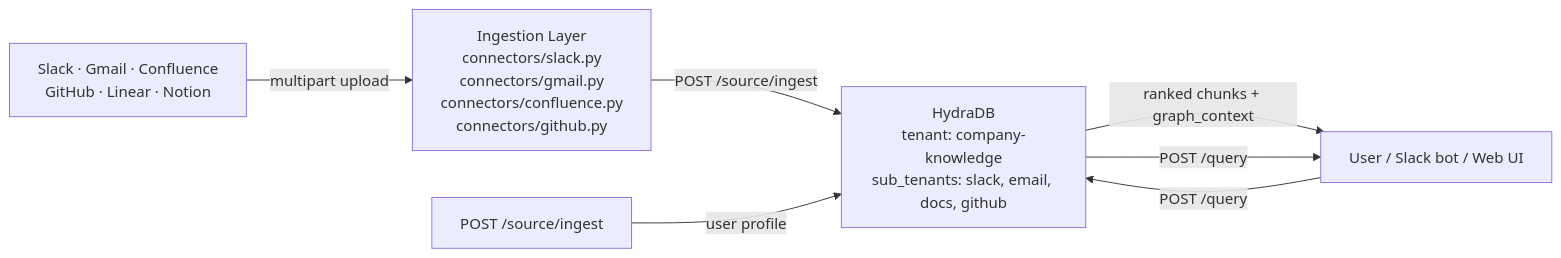
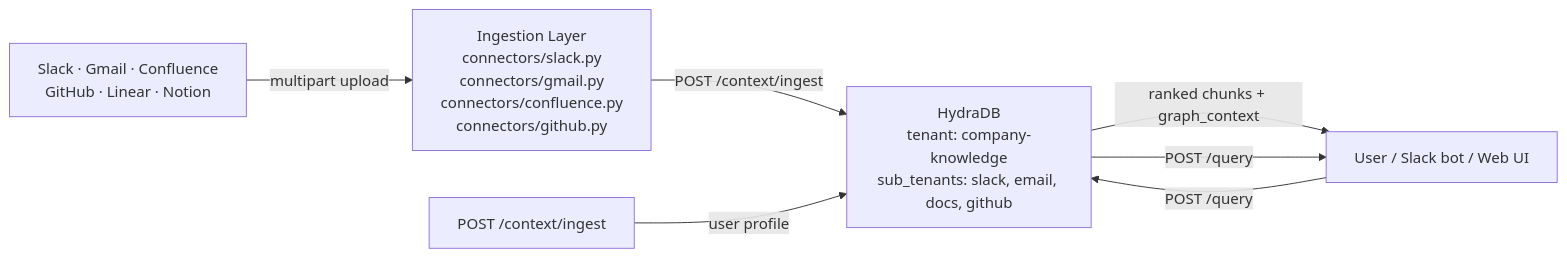
One commit to rupamghosh2006/mintlify-docs changed the diagram in cookbooks/v2/internal-search-perplexity.mdx. Above: the diagram before and after it, drawn with Mermaid. The commit also changed other lines of this file and 11 other files, not shown here.

Commit message:
Rename metadata fields in cookbooks/v2: tenant_metadata->metadata, document_metadata->additional_metadata, file_metadata->document_metadata, /source->/context

````diff
--- a/cookbooks/v2/internal-search-perplexity.mdx
+++ b/cookbooks/v2/internal-search-perplexity.mdx
@@ -44,9 +44,9 @@
 ```mermaid
 graph LR
     A["Slack · Gmail · Confluence<br/>GitHub · Linear · Notion"] -->|"multipart upload"| B["Ingestion Layer<br/>connectors/slack.py<br/>connectors/gmail.py<br/>connectors/confluence.py<br/>connectors/github.py"]
-    B -->|"POST /source/ingest"| C["HydraDB<br/>tenant: company-knowledge<br/>sub_tenants: slack, email, docs, github"]
+    B -->|"POST /context/ingest"| C["HydraDB<br/>tenant: company-knowledge<br/>sub_tenants: slack, email, docs, github"]
     D["User / Slack bot / Web UI"] -->|"POST /query"| C
     C -->|"ranked chunks + graph_context"| D
-    E["POST /source/ingest"] -->|"user profile"| C
+    E["POST /context/ingest"] -->|"user profile"| C
     C -->|"POST /query"| D
 ```
````
